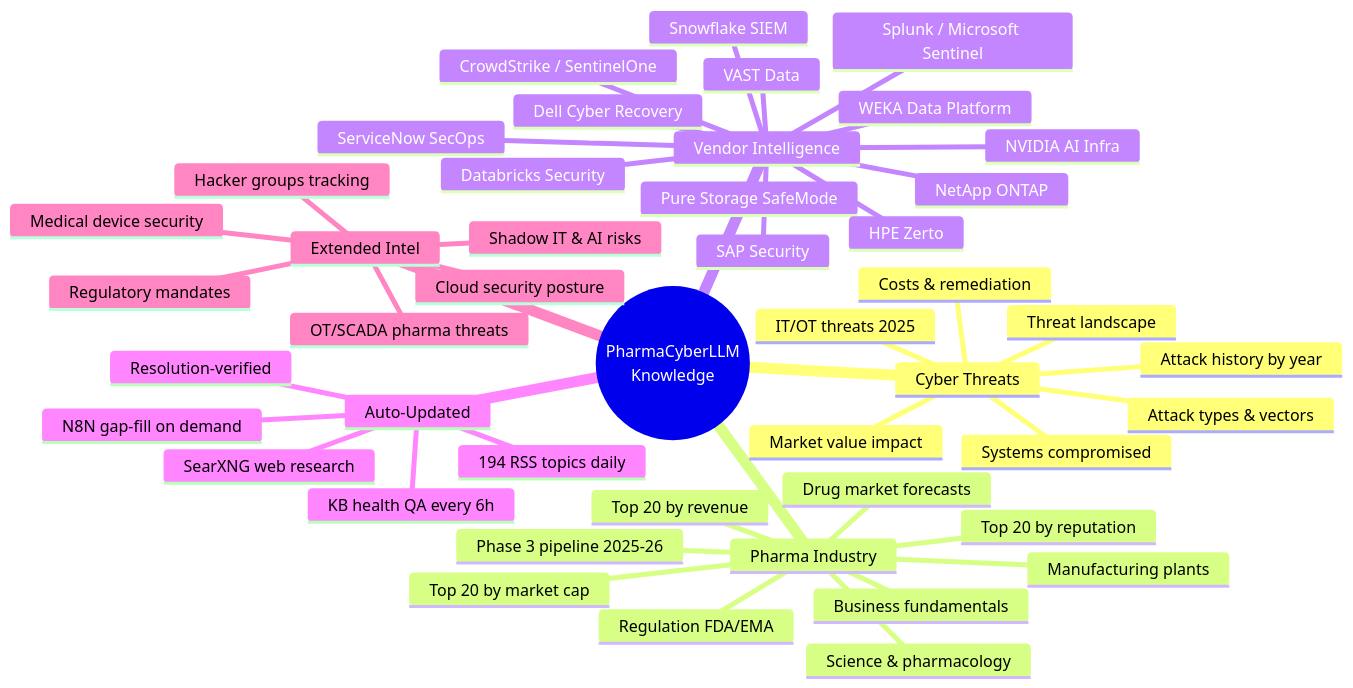
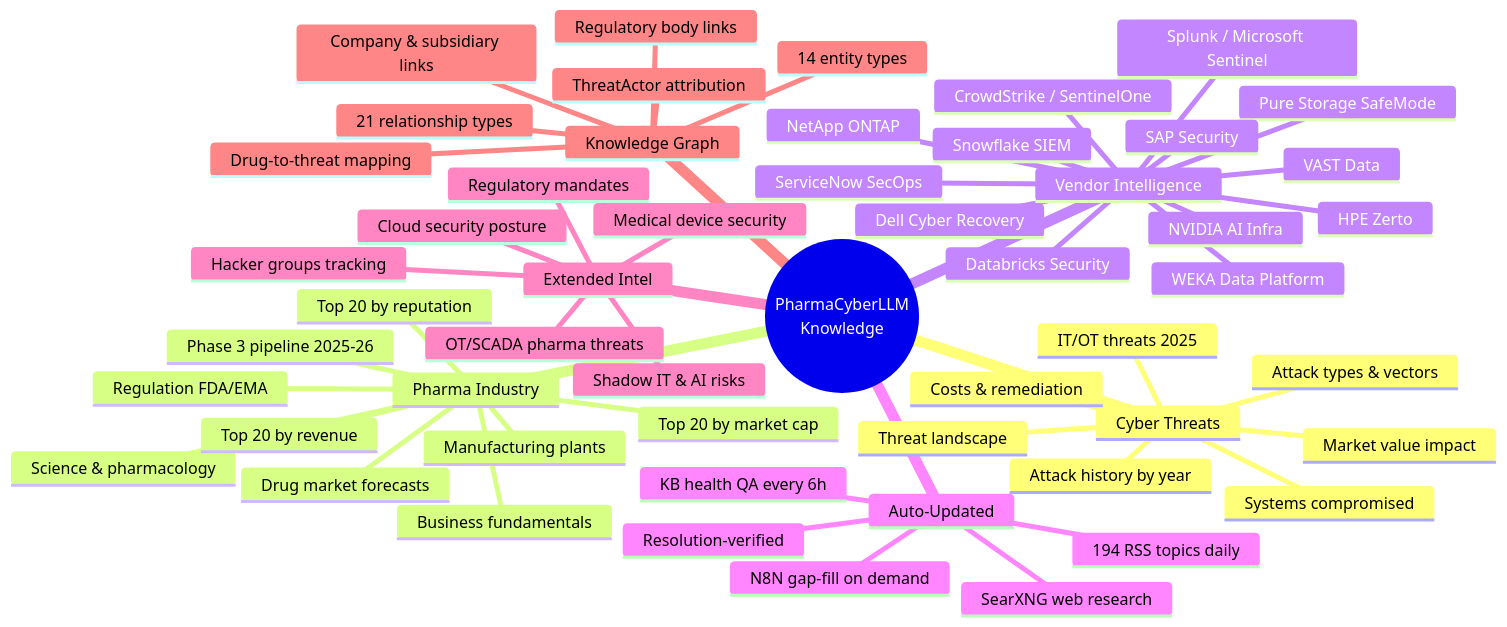
The seventh of 9 diagrams in README.md (sebdallais-git/PharmaCyberLLM), drawn with Mermaid before and after one commit. The commit also changed other lines of this file and 1 other file, not shown here.

First line of the commit message:
docs: update README with Neo4j Graph RAG, update news agent for triple-store ingestion

````diff
--- a/README.md
+++ b/README.md
@@ -401,49 +473,56 @@
 ```mermaid
 mindmap
   root((PharmaCyberLLM<br/>Knowledge))
     Cyber Threats
       Attack history by year
       Attack types & vectors
       Systems compromised
       Threat landscape
       Market value impact
       Costs & remediation
       IT/OT threats 2025
     Pharma Industry
       Business fundamentals
       Drug market forecasts
       Phase 3 pipeline 2025-26
       Science & pharmacology
       Regulation FDA/EMA
       Top 20 by revenue
       Top 20 by market cap
       Top 20 by reputation
       Manufacturing plants
     Vendor Intelligence
       Dell Cyber Recovery
       Snowflake SIEM
       Databricks Security
       ServiceNow SecOps
       Pure Storage SafeMode
       NetApp ONTAP
       HPE Zerto
       VAST Data
       SAP Security
       NVIDIA AI Infra
       WEKA Data Platform
       CrowdStrike / SentinelOne
       Splunk / Microsoft Sentinel
     Auto-Updated
       194 RSS topics daily
       N8N gap-fill on demand
       SearXNG web research
       Resolution-verified
       KB health QA every 6h
     Extended Intel
       Shadow IT & AI risks
       Hacker groups tracking
       Medical device security
       OT/SCADA pharma threats
       Regulatory mandates
       Cloud security posture
+    Knowledge Graph
+      14 entity types
+      21 relationship types
+      Company & subsidiary links
+      Drug-to-threat mapping
+      ThreatActor attribution
+      Regulatory body links
 ```
````
